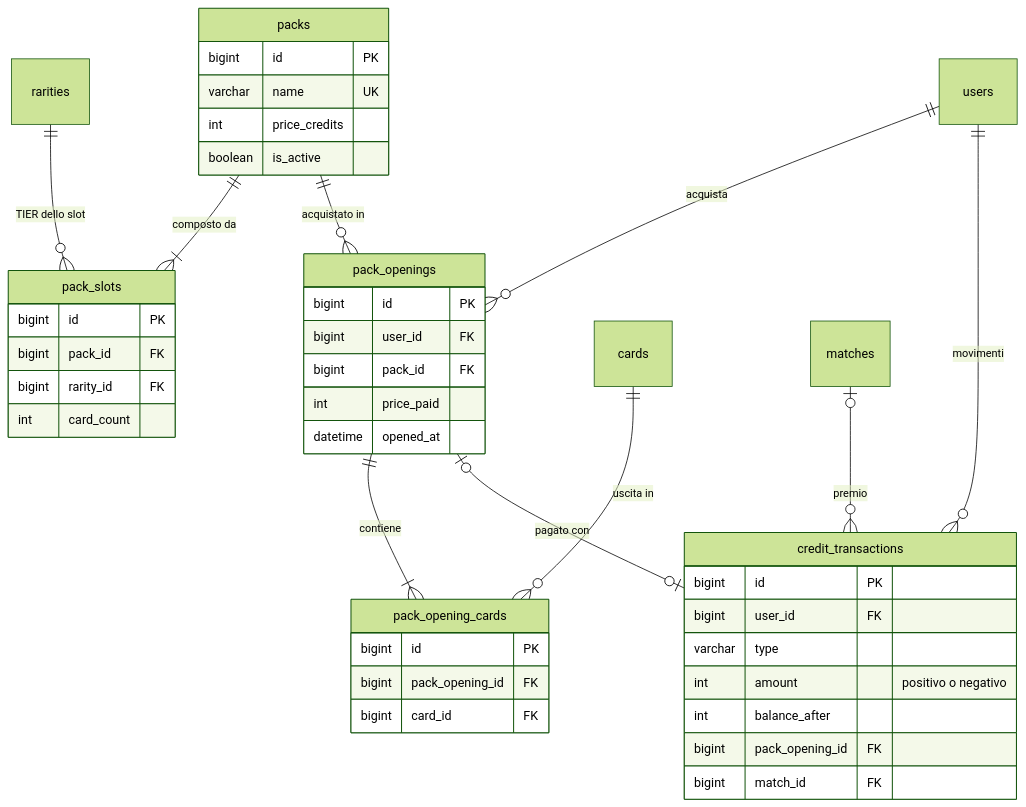
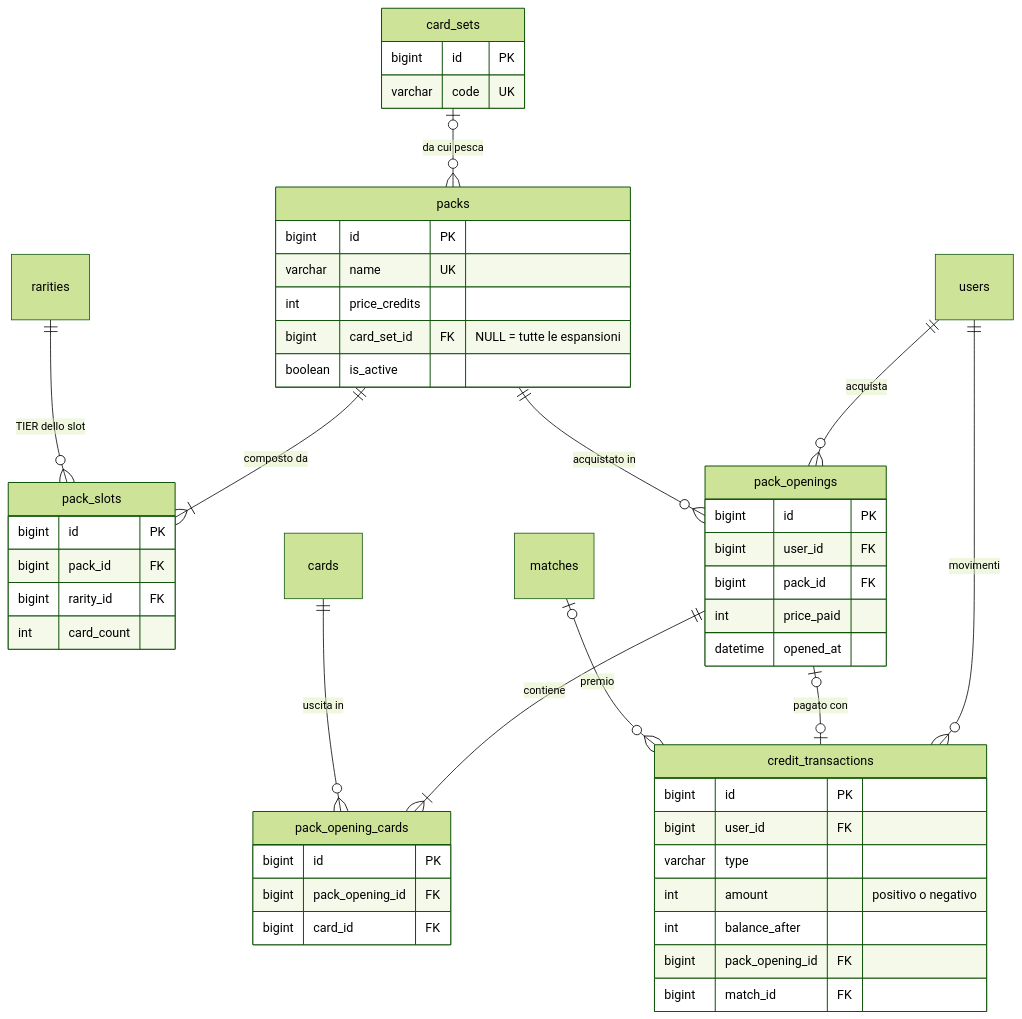
Before and after one commit to cristianpappalardoITS/LaboratorioIntegrato-Divine: the second of 4 diagrams in docs/database/schema.md, drawn with Mermaid (forest theme). The commit also changed other lines of this file and 1 other file, not shown here.

Commit message:
docs(db): aggiunge le espansioni alla proposta di schema

````diff
--- a/docs/database/schema.md
+++ b/docs/database/schema.md
@@ -143,46 +155,52 @@
 ```mermaid
 erDiagram
     packs ||--|{ pack_slots : "composto da"
+    card_sets |o--o{ packs : "da cui pesca"
     rarities ||--o{ pack_slots : "TIER dello slot"
     users ||--o{ pack_openings : "acquista"
     packs ||--o{ pack_openings : "acquistato in"
     pack_openings ||--|{ pack_opening_cards : "contiene"
     cards ||--o{ pack_opening_cards : "uscita in"
     users ||--o{ credit_transactions : "movimenti"
     pack_openings |o--o| credit_transactions : "pagato con"
     matches |o--o{ credit_transactions : "premio"
 
+    card_sets {
+        bigint id PK
+        varchar code UK
+    }
     packs {
         bigint id PK
         varchar name UK
         int price_credits
+        bigint card_set_id FK "NULL = tutte le espansioni"
         boolean is_active
     }
     pack_slots {
         bigint id PK
         bigint pack_id FK
         bigint rarity_id FK
         int card_count
     }
     pack_openings {
         bigint id PK
         bigint user_id FK
         bigint pack_id FK
         int price_paid
         datetime opened_at
     }
     pack_opening_cards {
         bigint id PK
         bigint pack_opening_id FK
         bigint card_id FK
     }
     credit_transactions {
         bigint id PK
         bigint user_id FK
         varchar type
         int amount "positivo o negativo"
         int balance_after
         bigint pack_opening_id FK
         bigint match_id FK
     }
 ```
````
